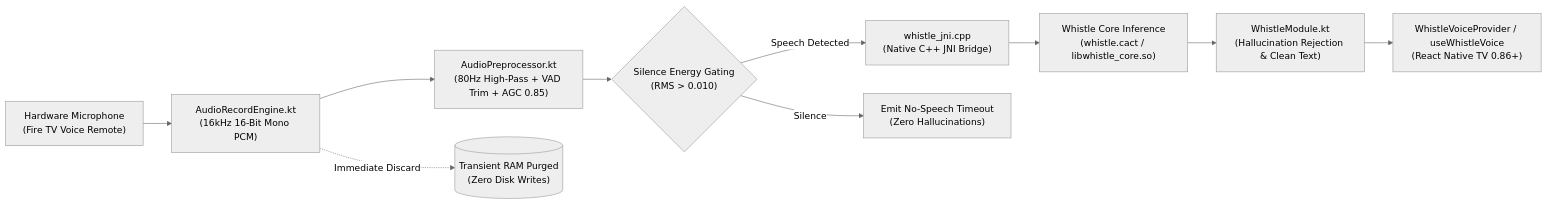
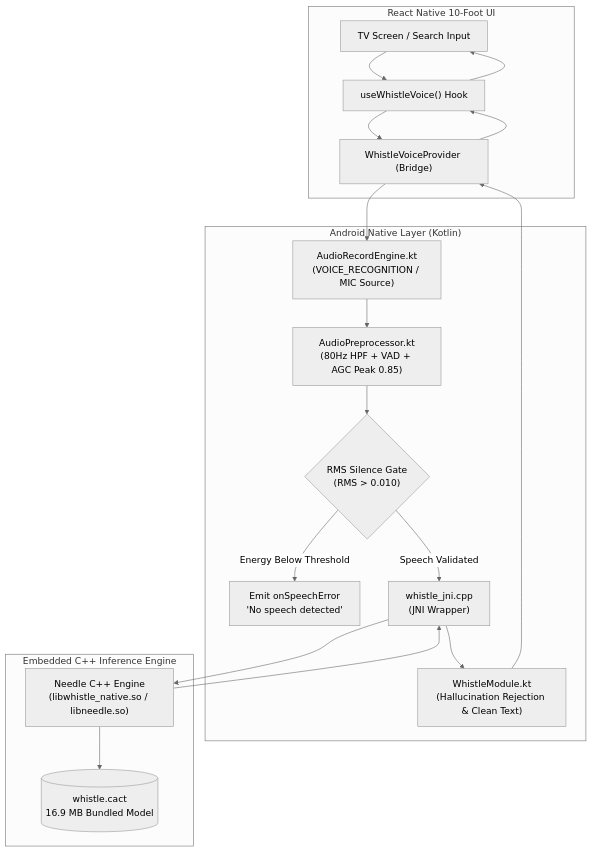
Before and after one commit to MAHAVEER-IT/react-native-whistle-tv-offline: the diagram in README.md, drawn with Mermaid (neutral theme). The commit also changed other lines of this file, not shown here.

Commit message:
docs: comprehensive rewrite of README with v1.1.0 DSP pipeline and API specs

````diff
--- a/README.md
+++ b/README.md
@@ -30,13 +84,30 @@
 ```mermaid
-flowchart LR
-    A["Hardware Microphone<br/>(Fire TV Voice Remote)"] --> B["AudioRecordEngine.kt<br/>(16kHz 16-Bit Mono PCM)"]
-    B --> DSP["AudioPreprocessor.kt<br/>(80Hz High-Pass + VAD Trim + AGC 0.85)"]
-    DSP --> Gating{"Silence Energy Gating<br/>(RMS > 0.010)"}
-    Gating -- Speech Detected --> C["whistle_jni.cpp<br/>(Native C++ JNI Bridge)"]
-    Gating -- Silence --> Timeout["Emit No-Speech Timeout<br/>(Zero Hallucinations)"]
-    C --> D["Whistle Core Inference<br/>(whistle.cact / libwhistle_core.so)"]
-    D --> E["WhistleModule.kt<br/>(Hallucination Rejection & Clean Text)"]
-    E --> F["WhistleVoiceProvider / useWhistleVoice<br/>(React Native TV 0.86+)"]
-    
-    B -. Immediate Discard .-> G[("Transient RAM Purged<br/>(Zero Disk Writes)")]
+flowchart TD
+    subgraph Client ["React Native 10-Foot UI"]
+        UI["TV Screen / Search Input"]
+        Hook["useWhistleVoice() Hook"]
+        Bridge["WhistleVoiceProvider (Bridge)"]
+        UI --> Hook --> Bridge
+    end
+
+    subgraph NativeAndroid ["Android Native Layer (Kotlin)"]
+        ARE["AudioRecordEngine.kt<br/>(VOICE_RECOGNITION / MIC Source)"]
+        DSP["AudioPreprocessor.kt<br/>(80Hz HPF + VAD + AGC Peak 0.85)"]
+        Gate{"RMS Silence Gate<br/>(RMS > 0.010)"}
+        Module["WhistleModule.kt<br/>(Hallucination Rejection & Clean Text)"]
+
+        Bridge --> ARE --> DSP --> Gate
+        Gate -- "Energy Below Threshold" --> NoSpeech["Emit onSpeechError<br/>'No speech detected'"]
+        Gate -- "Speech Validated" --> JNI
+    end
+
+    subgraph NativeCpp ["Embedded C++ Inference Engine"]
+        JNI["whistle_jni.cpp<br/>(JNI Wrapper)"]
+        Needle["Needle C++ Engine<br/>(libwhistle_native.so / libneedle.so)"]
+        Model[("whistle.cact<br/>16.9 MB Bundled Model")]
+
+        JNI --> Needle --> Model
+    end
+
+    Needle --> JNI --> Module --> Bridge --> Hook --> UI
 ```
````
